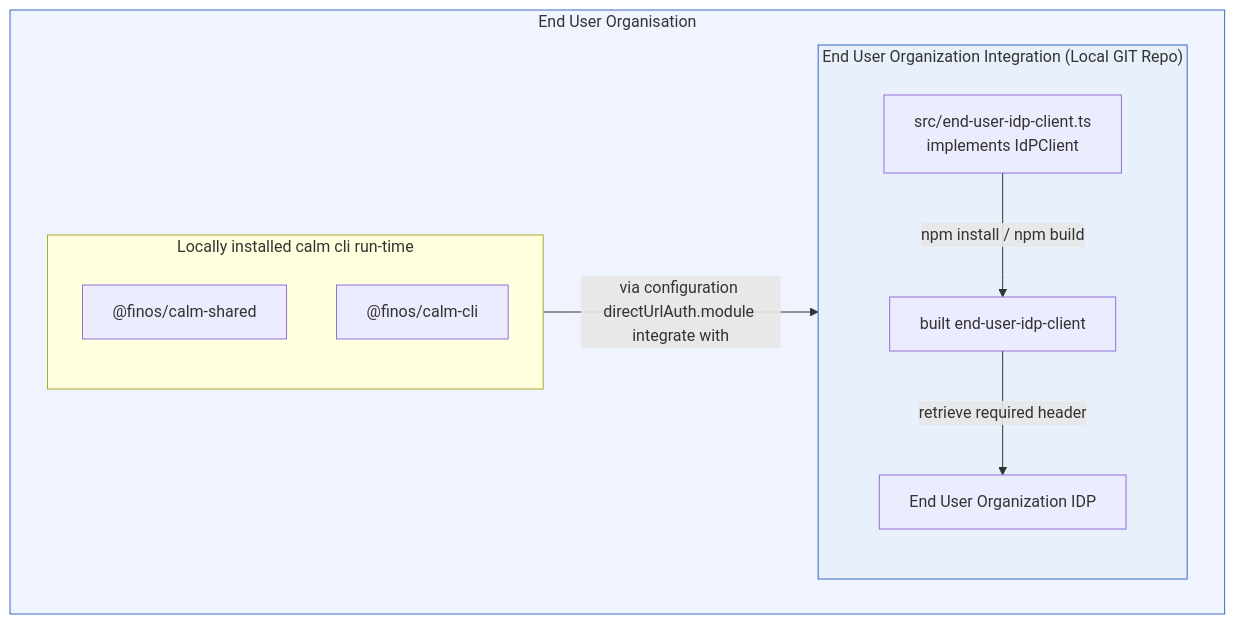
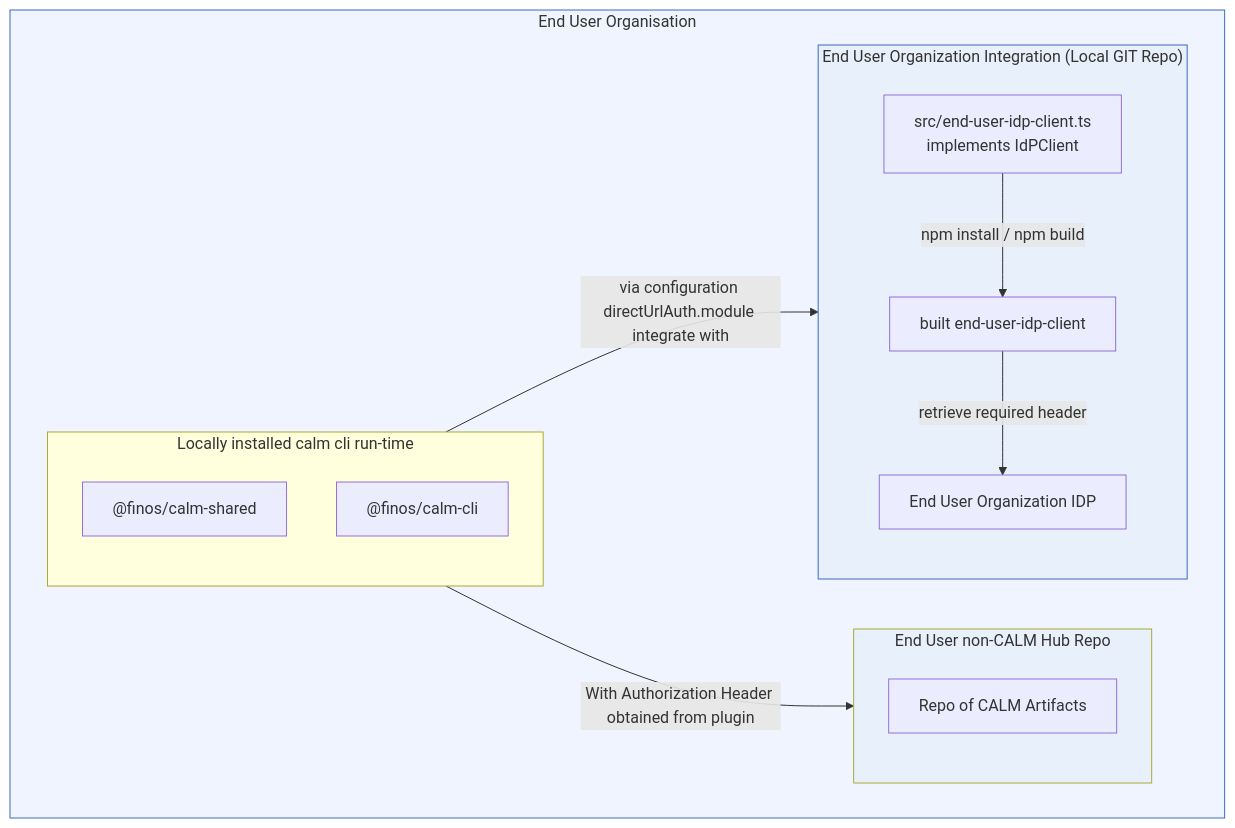
One commit to finos/architecture-as-code changed the diagram in docs/docs/working-with-calm/directurl-auth-plugin.md. Above: the diagram before and after it, drawn with Mermaid.

Commit message:
docs: add diagram for non-CALM Hub repository integration in authentication plugin documentation

````diff
--- a/docs/docs/working-with-calm/directurl-auth-plugin.md
+++ b/docs/docs/working-with-calm/directurl-auth-plugin.md
@@ -11,27 +11,35 @@
 ```mermaid
 graph TB
     subgraph ORG["End User Organisation"]
 
         subgraph CALM_CLI["Locally installed calm cli run-time"]
           direction TB
           SHARED["@finos/calm-shared"]
           CLI["@finos/calm-cli"]
         end
 
+        subgraph ORG_DIRECT_URL_REPO["End User non-CALM Hub Repo"]
+            direction TB
+            DIRECT_URL_REPO["Repo of CALM Artifacts"]
+        end
+
         subgraph INHOUSE["End User Organization Integration (Local GIT Repo)"]
           direction TB
           ORG_SRC["src/end-user-idp-client.ts\nimplements IdPClient"]
           ORG_AUTH["built end-user-idp-client"]
           ORG_IDP["End User Organization IDP"]
         end
 
+
         ORG_SRC -- "npm install / npm build" --> ORG_AUTH
         CALM_CLI -- "via configuration directUrlAuth.module integrate with" --> INHOUSE
         ORG_AUTH -- "retrieve required header" --> ORG_IDP
+        CALM_CLI -- "With Authorization Header obtained from plugin" --> ORG_DIRECT_URL_REPO
     end
 
 
     style INHOUSE fill:#e8f0fb,stroke:#3a6bc4
     style ORG fill:#f0f4ff,stroke:#3a6bc4
+    style ORG_DIRECT_URL_REPO fill:#e8f0fb:stroke:#3a6bc4
 
 ```
````
